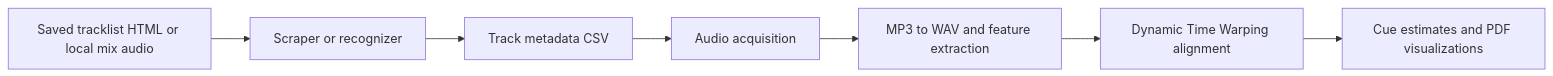
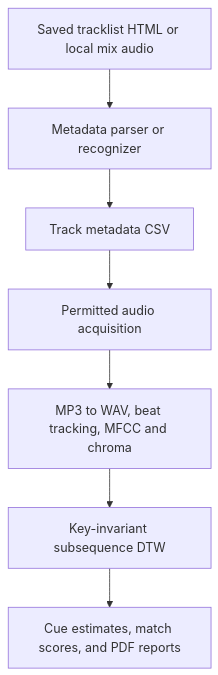
The diagram in README.md (happychau0v0/DJ-Mix-Analysis), drawn with Mermaid before and after one commit. The commit also changed other lines of this file and 2 other files, not shown here.

````diff
--- a/README.md
+++ b/README.md
@@ -24,9 +16,9 @@
 ```mermaid
-flowchart LR
-    A[Saved tracklist HTML or local mix audio] --> B[Scraper or recognizer]
+flowchart TD
+    A[Saved tracklist HTML or local mix audio] --> B[Metadata parser or recognizer]
     B --> C[Track metadata CSV]
-    C --> D[Audio acquisition]
-    D --> E[MP3 to WAV and feature extraction]
-    E --> F[Dynamic Time Warping alignment]
-    F --> G[Cue estimates and PDF visualizations]
+    C --> D[Permitted audio acquisition]
+    D --> E[MP3 to WAV, beat tracking, MFCC and chroma]
+    E --> F[Key-invariant subsequence DTW]
+    F --> G[Cue estimates, match scores, and PDF reports]
 ```
````
